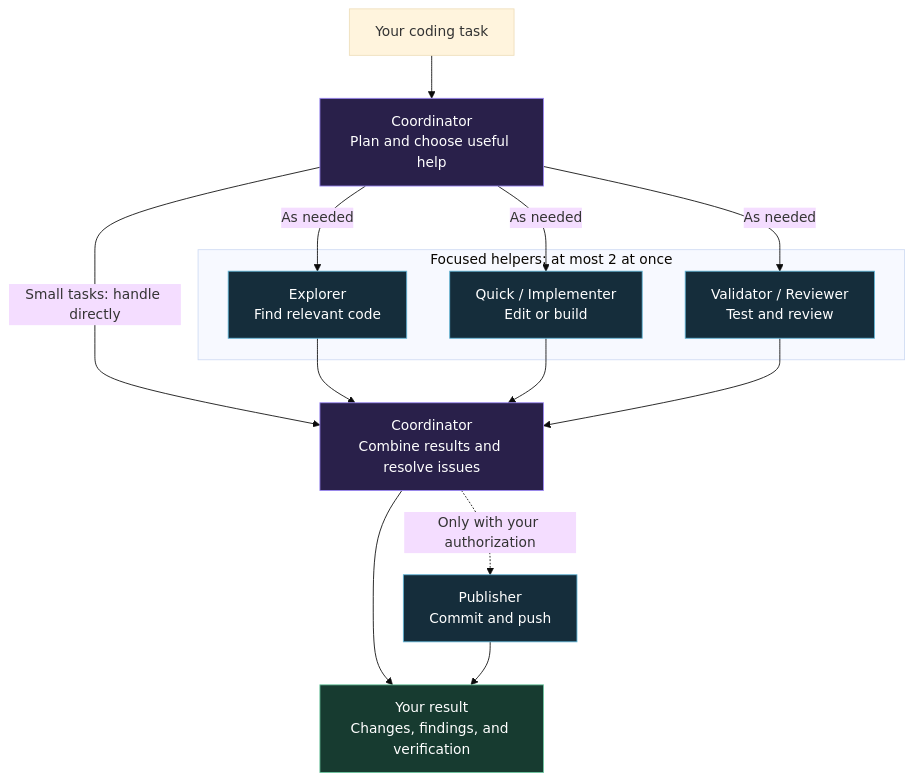
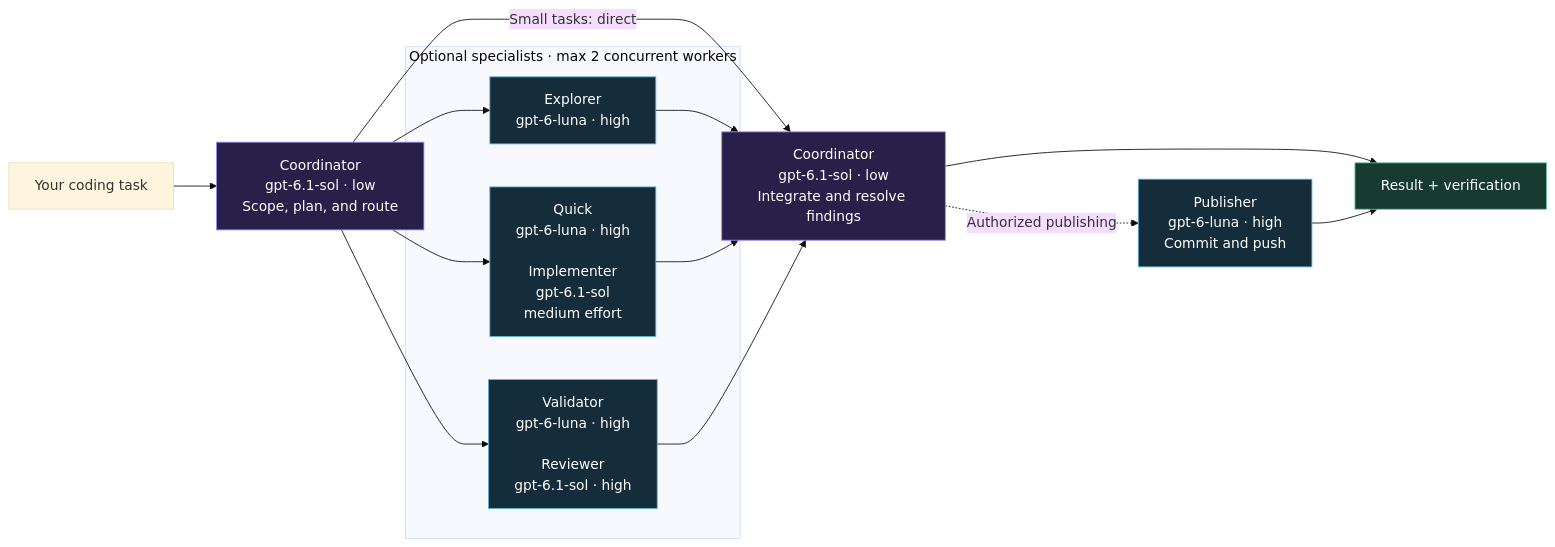
One commit to 3nboyd/partition-code changed the diagram in README.md. Above: the diagram before and after it, drawn with Mermaid (base theme). The commit also changed other lines of this file, not shown here.

Commit message:
docs: make orchestrator diagram horizontal with model assignments

````diff
--- a/README.md
+++ b/README.md
@@ -18,29 +18,29 @@
 ```mermaid
-flowchart TD
-    Request["Your coding task"] --> Coordinator["Coordinator<br/>Plan and choose useful help"]
+flowchart LR
+    Request["Your coding task"] --> Coordinator["Coordinator<br/>gpt-6.1-sol · low<br/>Scope, plan, and route"]
 
-    subgraph Helpers["Focused helpers: at most 2 at once"]
-        Explore["Explorer<br/>Find relevant code"]
-        Change["Quick / Implementer<br/>Edit or build"]
-        Check["Validator / Reviewer<br/>Test and review"]
+    subgraph Helpers["Optional specialists · max 2 concurrent workers"]
+        Explore["Explorer<br/>gpt-6-luna · high"]
+        Change["Quick<br/>gpt-6-luna · high<br/><br/>Implementer<br/>gpt-6.1-sol<br/>medium effort"]
+        Check["Validator<br/>gpt-6-luna · high<br/><br/>Reviewer<br/>gpt-6.1-sol · high"]
     end
 
-    Coordinator -->|As needed| Explore
-    Coordinator -->|As needed| Change
-    Coordinator -->|As needed| Check
-    Coordinator -->|Small tasks: handle directly| Integrate
+    Coordinator --> Explore
+    Coordinator --> Change
+    Coordinator --> Check
+    Coordinator -->|Small tasks: direct| Integrate
     Explore --> Integrate
     Change --> Integrate
     Check --> Integrate
-    Integrate["Coordinator<br/>Combine results and resolve issues"]
-    Integrate --> Answer["Your result<br/>Changes, findings, and verification"]
-    Integrate -.->|Only with your authorization| Publish["Publisher<br/>Commit and push"]
+    Integrate["Coordinator<br/>gpt-6.1-sol · low<br/>Integrate and resolve findings"]
+    Integrate --> Answer["Result + verification"]
+    Integrate -.->|Authorized publishing| Publish["Publisher<br/>gpt-6-luna · high<br/>Commit and push"]
     Publish --> Answer
 
     classDef coordinator fill:#29204a,stroke:#9b87f5,color:#fff
     classDef helper fill:#152d3b,stroke:#60b6d8,color:#fff
     classDef outcome fill:#173b30,stroke:#6dc9a2,color:#fff
     class Coordinator,Integrate coordinator
     class Explore,Change,Check,Publish helper
     class Answer outcome
 ```
````
